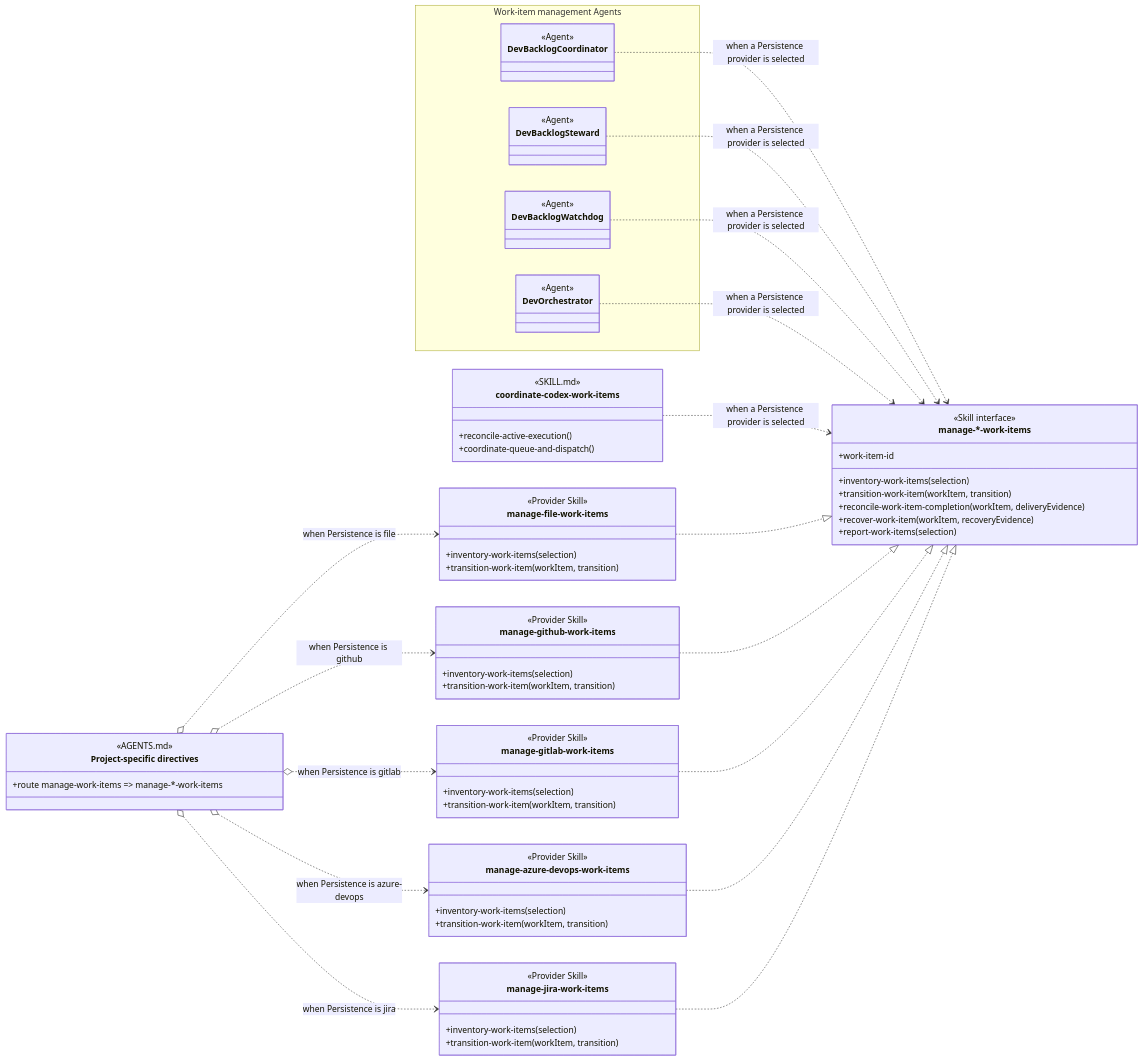
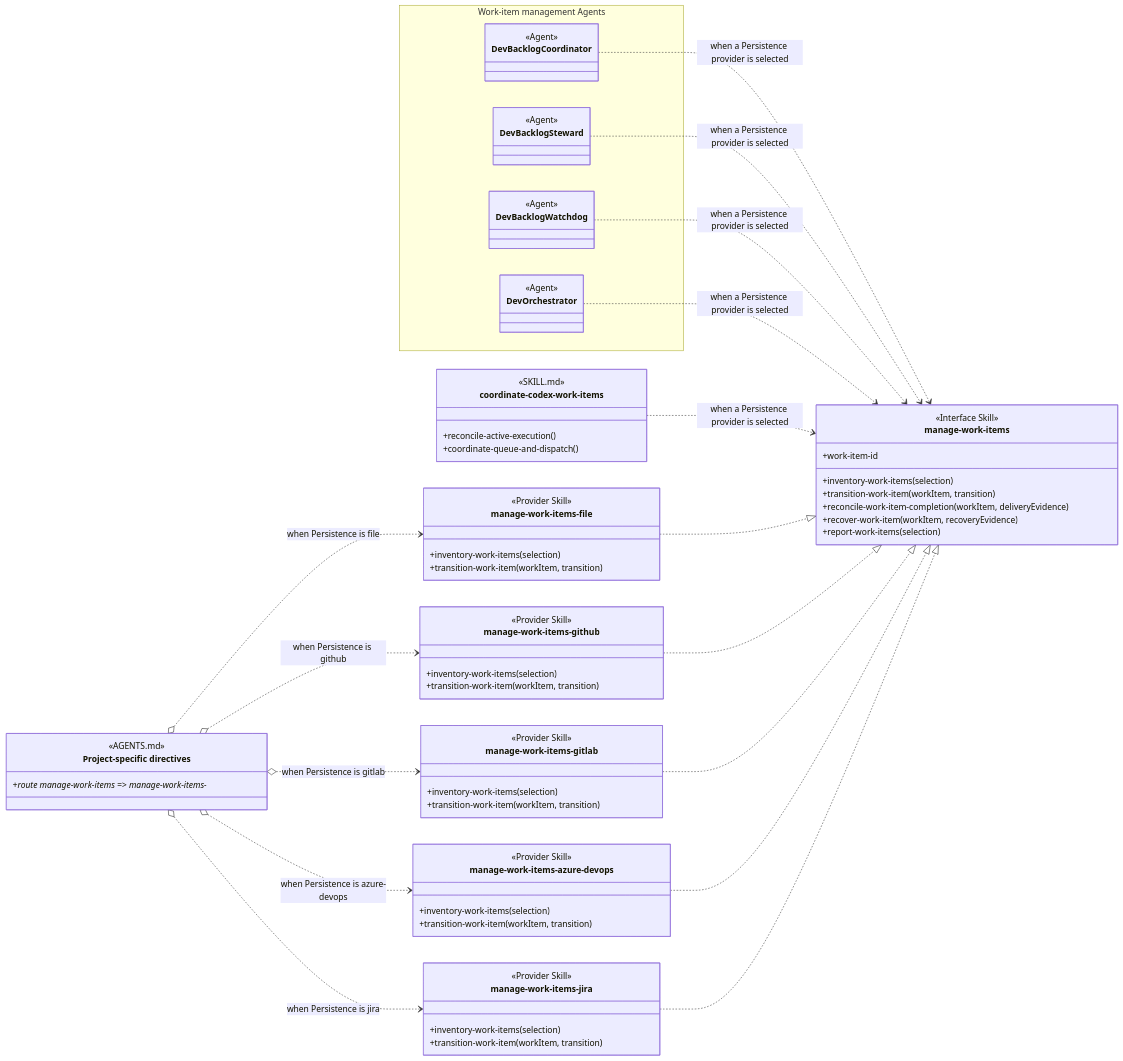
One commit to martinbechard/dev-methodology changed the third of 5 diagrams in design/skill-groups/backlog-management.md. Above: the diagram before and after it, drawn with Mermaid. The commit also changed other lines of this file and 60 other files, not shown here.

First line of the commit message:
Integrate work item management provider naming

````diff
--- a/design/skill-groups/backlog-management.md
+++ b/design/skill-groups/backlog-management.md
@@ -148,8 +148,8 @@
         +reconcile-active-execution()
         +coordinate-queue-and-dispatch()
     }
-    class ManageWorkItem["manage-*-work-items"] {
-        <<Skill interface>>
+    class ManageWorkItem["manage-work-items"] {
+        <<Interface Skill>>
         +work-item-id
         +inventory-work-items(selection)
         +transition-work-item(workItem, transition)
@@ -160,29 +160,29 @@
     class ProjectSpecificDirectives["Project-specific directives"] {
         <<AGENTS.md>>
         <<routing>>
-        +route manage-work-items => manage-*-work-items
+        +route manage-work-items => manage-work-items-*
     }
-    class manage-file-work-items {
+    class manage-work-items-file {
         <<Provider Skill>>
         +inventory-work-items(selection)
         +transition-work-item(workItem, transition)
     }
-    class manage-github-work-items {
+    class manage-work-items-github {
         <<Provider Skill>>
         +inventory-work-items(selection)
         +transition-work-item(workItem, transition)
     }
-    class manage-gitlab-work-items {
+    class manage-work-items-gitlab {
         <<Provider Skill>>
         +inventory-work-items(selection)
         +transition-work-item(workItem, transition)
     }
-    class manage-azure-devops-work-items {
+    class manage-work-items-azure-devops {
         <<Provider Skill>>
         +inventory-work-items(selection)
         +transition-work-item(workItem, transition)
     }
-    class manage-jira-work-items {
+    class manage-work-items-jira {
         <<Provider Skill>>
         +inventory-work-items(selection)
         +transition-work-item(workItem, transition)
@@ -194,15 +194,15 @@
     DevOrchestrator ..> ManageWorkItem : when a Persistence provider is selected
     coordinate-codex-work-items ..> ManageWorkItem : when a Persistence provider is selected
 
-    ProjectSpecificDirectives o..> manage-file-work-items : when Persistence is file
-    ProjectSpecificDirectives o..> manage-github-work-items : when Persistence is github
-    ProjectSpecificDirectives o..> manage-gitlab-work-items : when Persistence is gitlab
-    ProjectSpecificDirectives o..> manage-azure-devops-work-items : when Persistence is azure-devops
-    ProjectSpecificDirectives o..> manage-jira-work-items : when Persistence is jira
+    ProjectSpecificDirectives o..> manage-work-items-file : when Persistence is file
+    ProjectSpecificDirectives o..> manage-work-items-github : when Persistence is github
+    ProjectSpecificDirectives o..> manage-work-items-gitlab : when Persistence is gitlab
+    ProjectSpecificDirectives o..> manage-work-items-azure-devops : when Persistence is azure-devops
+    ProjectSpecificDirectives o..> manage-work-items-jira : when Persistence is jira
 
-    manage-file-work-items ..|> ManageWorkItem
-    manage-github-work-items ..|> ManageWorkItem
-    manage-gitlab-work-items ..|> ManageWorkItem
-    manage-azure-devops-work-items ..|> ManageWorkItem
-    manage-jira-work-items ..|> ManageWorkItem
+    manage-work-items-file ..|> ManageWorkItem
+    manage-work-items-github ..|> ManageWorkItem
+    manage-work-items-gitlab ..|> ManageWorkItem
+    manage-work-items-azure-devops ..|> ManageWorkItem
+    manage-work-items-jira ..|> ManageWorkItem
 ```
````
